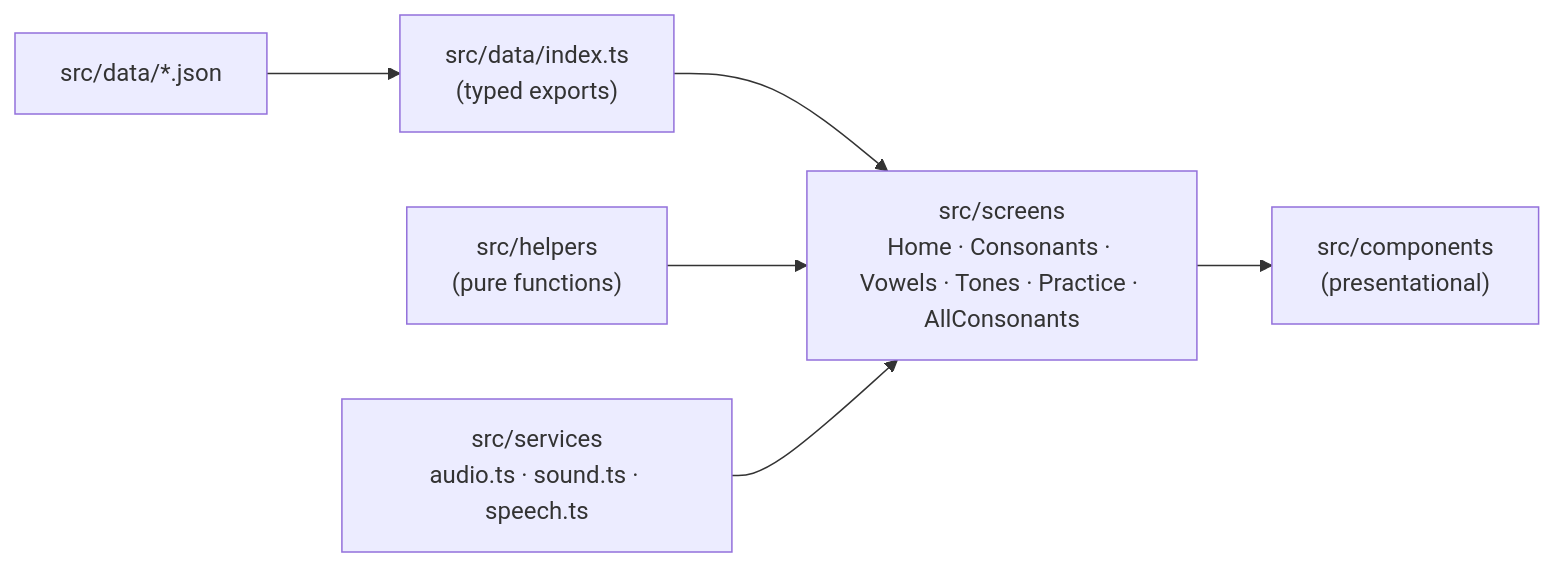
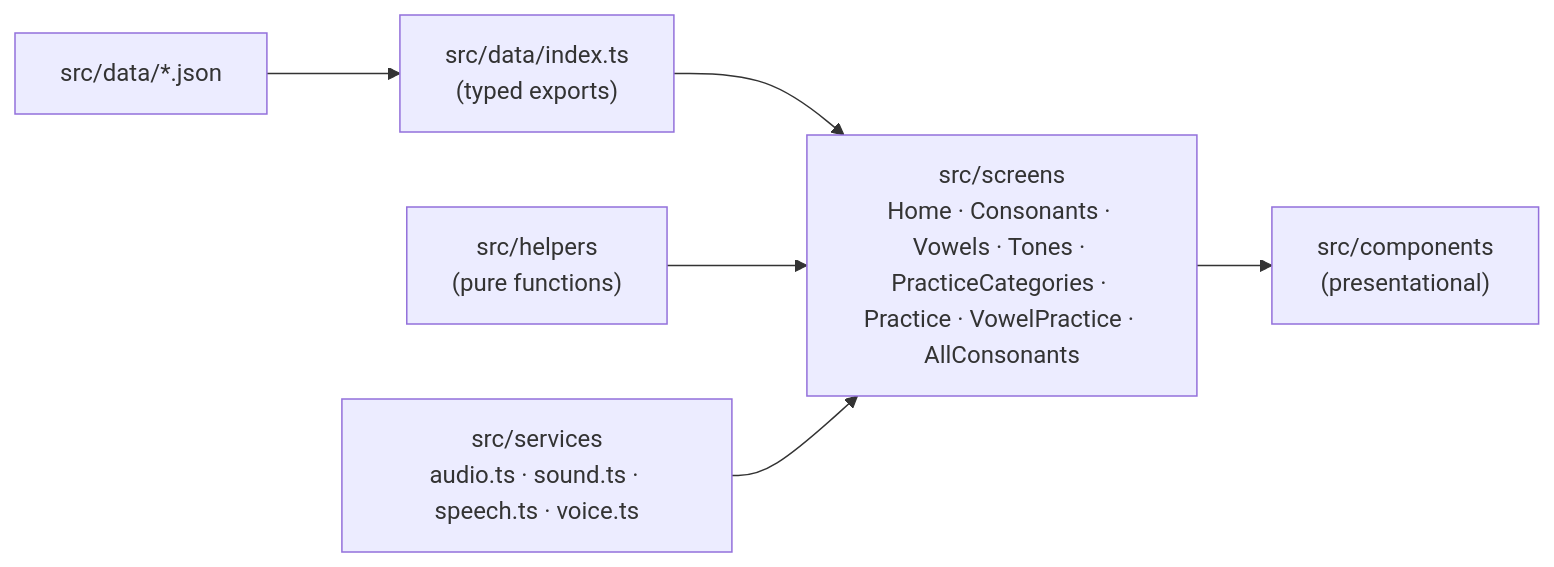
The first of 2 diagrams in docs/architecture.md (MinHan-Kyaw/thai-learning), drawn with Mermaid before and after one commit. The commit also changed other lines of this file and 21 other files, not shown here.

First line of the commit message:
Add practice categories and the vowel practice

````diff
--- a/docs/architecture.md
+++ b/docs/architecture.md
@@ -14,8 +14,8 @@
 ```mermaid
 flowchart LR
   JSON["src/data/*.json"] --> Loader["src/data/index.ts<br/>(typed exports)"]
   Loader --> Screens
   Helpers["src/helpers<br/>(pure functions)"] --> Screens
-  Services["src/services<br/>audio.ts · sound.ts · speech.ts"] --> Screens
-  Screens["src/screens<br/>Home · Consonants · Vowels · Tones · Practice · AllConsonants"] --> Components["src/components<br/>(presentational)"]
+  Services["src/services<br/>audio.ts · sound.ts · speech.ts · voice.ts"] --> Screens
+  Screens["src/screens<br/>Home · Consonants · Vowels · Tones · PracticeCategories · Practice · VowelPractice · AllConsonants"] --> Components["src/components<br/>(presentational)"]
 ```
````
